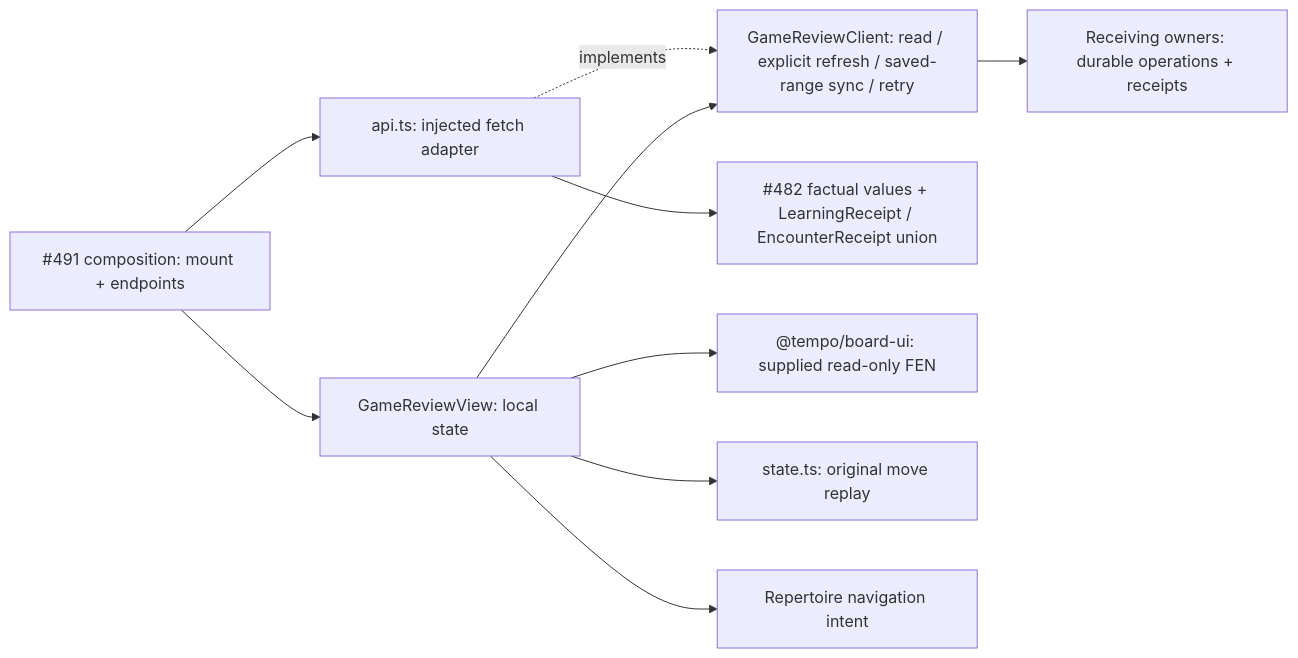
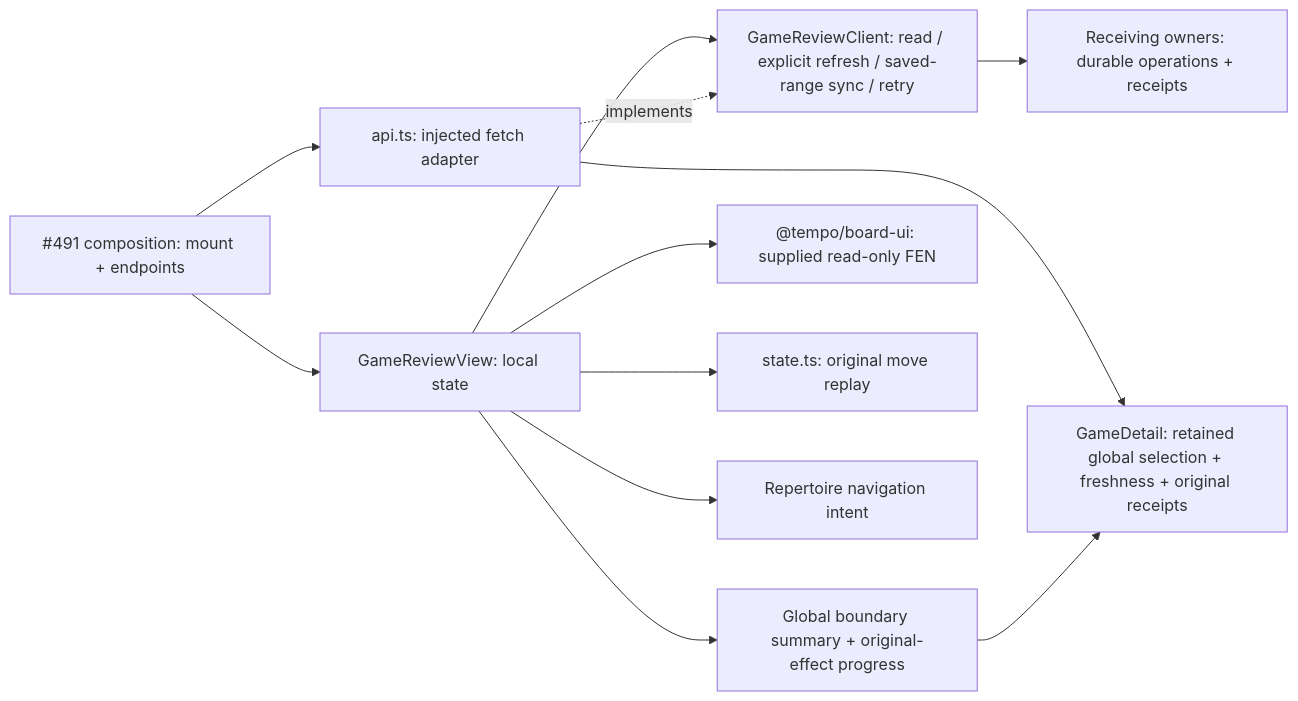
Before and after one commit to aaweaver-actuary/tempo: the diagram in app/features/game-review/README.md, drawn with Mermaid. The commit also changed other lines of this file and 4 other files, not shown here.

````diff
--- a/app/features/game-review/README.md
+++ b/app/features/game-review/README.md
@@ -49,12 +84,14 @@
 ```mermaid
 flowchart LR
   Composition["#491 composition: mount + endpoints"] --> View["GameReviewView: local state"]
   Composition --> HTTP["api.ts: injected fetch adapter"]
   View --> Port["GameReviewClient: read / explicit refresh / saved-range sync / retry"]
   HTTP -. implements .-> Port
-  HTTP --> DTO["#482 factual values + LearningReceipt / EncounterReceipt union"]
+  HTTP --> DTO["GameDetail: retained global selection + freshness + original receipts"]
+  View --> Selection["Global boundary summary + original-effect progress"]
+  Selection --> DTO
   View --> Board["@tempo/board-ui: supplied read-only FEN"]
   View --> Replay["state.ts: original move replay"]
   View --> Intent["Repertoire navigation intent"]
   Port --> Owners["Receiving owners: durable operations + receipts"]
 ```
````
